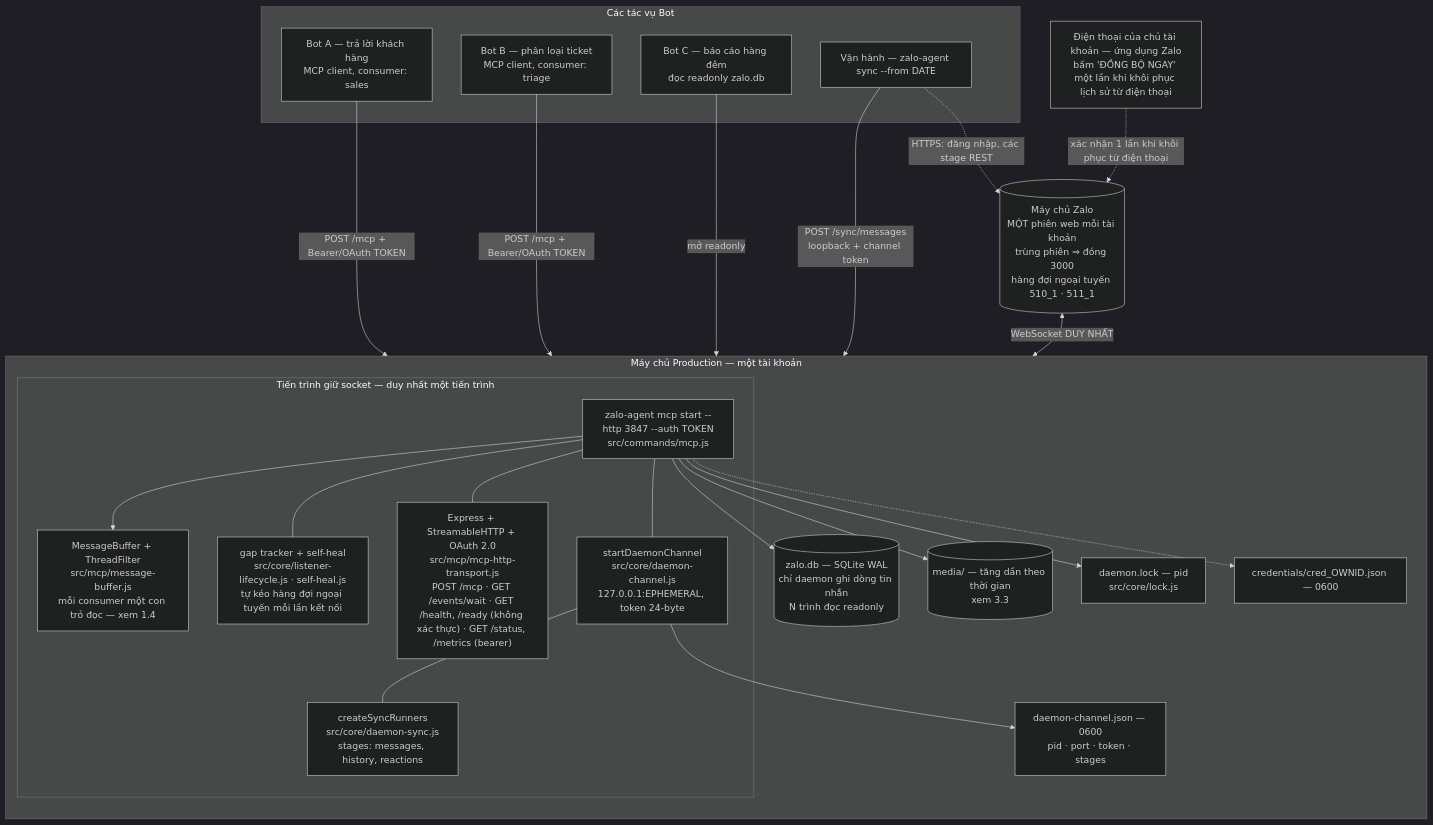
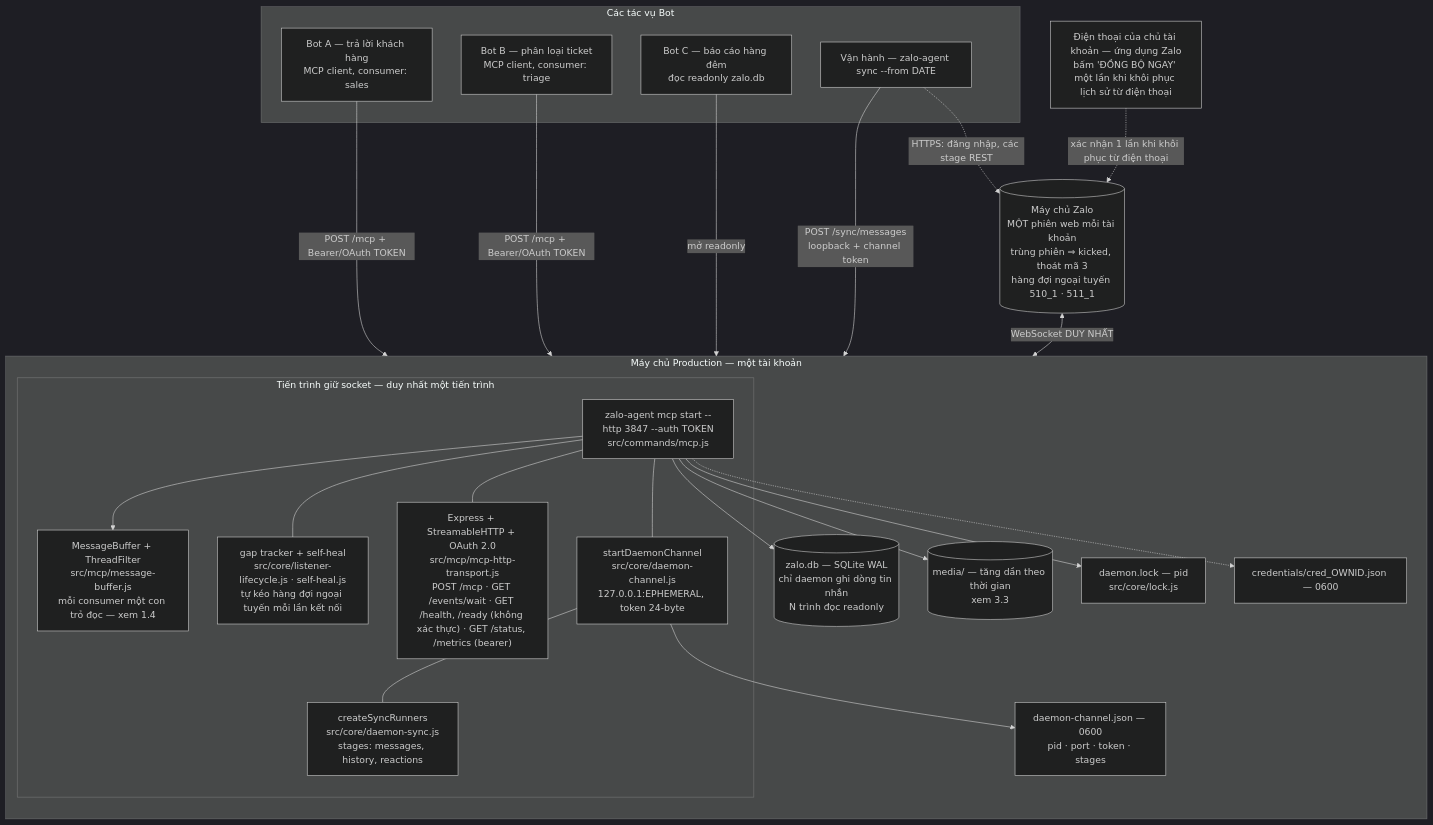
The diagram in docs/deployment.vi.md (ardennguyen/zalo-agent-cli), drawn with Mermaid (dark theme) before and after one commit. The commit also changed other lines of this file and 28 other files, not shown here.

````diff
--- a/docs/deployment.vi.md
+++ b/docs/deployment.vi.md
@@ -130,48 +131,48 @@
 ```mermaid
 flowchart TB
     phone["Điện thoại của chủ tài khoản — ứng dụng Zalo<br/>bấm 'ĐỒNG BỘ NGAY' một lần khi khôi phục lịch sử từ điện thoại"]
-    zalo[("Máy chủ Zalo<br/>MỘT phiên web mỗi tài khoản<br/>trùng phiên ⇒ đóng 3000<br/>hàng đợi ngoại tuyến 510_1 · 511_1")]
+    zalo[("Máy chủ Zalo<br/>MỘT phiên web mỗi tài khoản<br/>trùng phiên ⇒ kicked, thoát mã 3<br/>hàng đợi ngoại tuyến 510_1 · 511_1")]
 
     subgraph host["Máy chủ Production — một tài khoản"]
       direction TB
       subgraph holder["Tiến trình giữ socket — duy nhất một tiến trình"]
         proc["zalo-agent mcp start --http 3847 --auth TOKEN<br/>src/commands/mcp.js"]
         http["Express + StreamableHTTP + OAuth 2.0<br/>src/mcp/mcp-http-transport.js<br/>POST /mcp · GET /events/wait · GET /health, /ready (không xác thực) · GET /status, /metrics (bearer)"]
         buf["MessageBuffer + ThreadFilter<br/>src/mcp/message-buffer.js<br/>mỗi consumer một con trỏ đọc — xem 1.4"]
         heal["gap tracker + self-heal<br/>src/core/listener-lifecycle.js · self-heal.js<br/>tự kéo hàng đợi ngoại tuyến mỗi lần kết nối"]
         chan["startDaemonChannel<br/>src/core/daemon-channel.js<br/>127.0.0.1:EPHEMERAL, token 24-byte"]
         run["createSyncRunners<br/>src/core/daemon-sync.js<br/>stages: messages, history, reactions"]
       end
       lock["daemon.lock — pid<br/>src/core/lock.js"]
       cj["daemon-channel.json — 0600<br/>pid · port · token · stages"]
       db[("zalo.db — SQLite WAL<br/>chỉ daemon ghi dòng tin nhắn<br/>N trình đọc readonly")]
       med[("media/ — tăng dần theo thời gian<br/>xem 3.3")]
       cred["credentials/cred_OWNID.json — 0600"]
     end
 
     subgraph bots["Các tác vụ Bot"]
       b1["Bot A — trả lời khách hàng<br/>MCP client, consumer: sales"]
       b2["Bot B — phân loại ticket<br/>MCP client, consumer: triage"]
       b3["Bot C — báo cáo hàng đêm<br/>đọc readonly zalo.db"]
       b4["Vận hành — zalo-agent sync --from DATE"]
     end
 
     phone -.->|"xác nhận 1 lần khi khôi phục từ điện thoại"| zalo
     zalo <-->|"WebSocket DUY NHẤT"| proc
     proc --> buf
     proc --- heal
     proc --> db
     proc --> med
     proc --> lock
     proc --- http
     proc --- chan
     chan --- run
     chan --> cj
     proc -.-> cred
 
     b1 -->|"POST /mcp + Bearer/OAuth TOKEN"| http
     b2 -->|"POST /mcp + Bearer/OAuth TOKEN"| http
     b3 -->|"mở readonly"| db
     b4 -->|"POST /sync/messages<br/>loopback + channel token"| chan
     b4 -.->|"HTTPS: đăng nhập, các stage REST"| zalo
 ```
````
